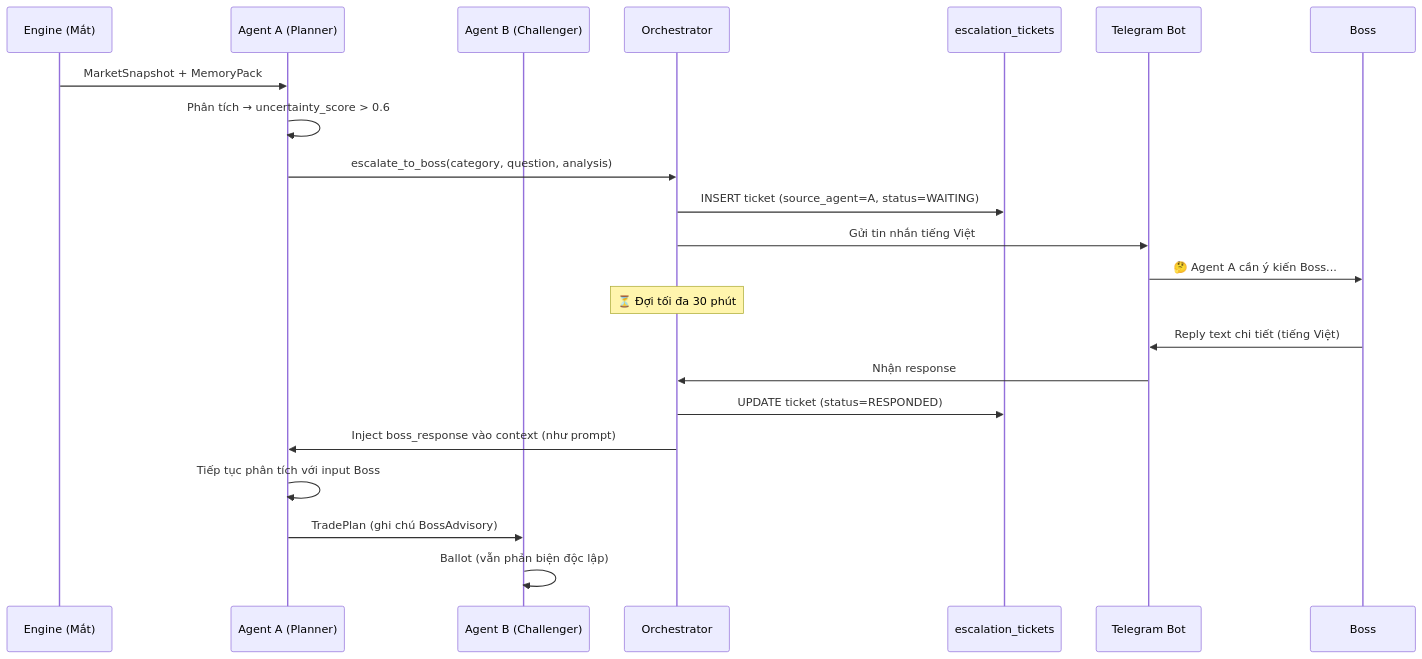
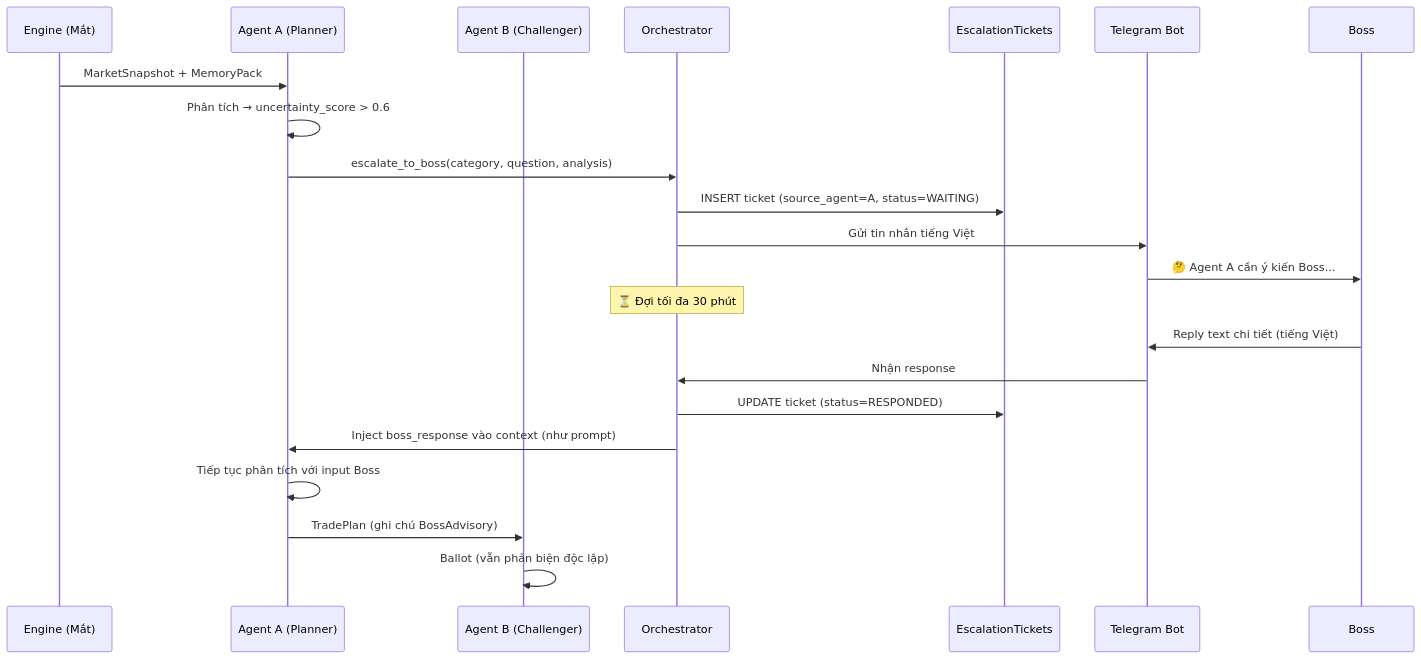
Before and after one commit to nguyenhongdat09/doctradingagent2agent: the first of 4 diagrams in doc/doc_agents/15-uncertainty-escalation.md, drawn with Mermaid. The commit also changed other lines of this file and 54 other files, not shown here.

````diff
--- a/doc/doc_agents/15-uncertainty-escalation.md
+++ b/doc/doc_agents/15-uncertainty-escalation.md
@@ -55,27 +57,27 @@
 ```mermaid
 sequenceDiagram
     participant E as Engine (Mắt)
     participant A as Agent A (Planner)
     participant B as Agent B (Challenger)
     participant Orch as Orchestrator
-    participant DB as escalation_tickets
+    participant DB as EscalationTickets
     participant TG as Telegram Bot
     participant Boss as Boss
 
     E->>A: MarketSnapshot + MemoryPack
     A->>A: Phân tích → uncertainty_score > 0.6
     A->>Orch: escalate_to_boss(category, question, analysis)
     Orch->>DB: INSERT ticket (source_agent=A, status=WAITING)
     Orch->>TG: Gửi tin nhắn tiếng Việt
     TG->>Boss: 🤔 Agent A cần ý kiến Boss...
 
     Note over Orch: ⏳ Đợi tối đa 30 phút
 
     Boss->>TG: Reply text chi tiết (tiếng Việt)
     TG->>Orch: Nhận response
     Orch->>DB: UPDATE ticket (status=RESPONDED)
     Orch->>A: Inject boss_response vào context (như prompt)
     A->>A: Tiếp tục phân tích với input Boss
     A->>B: TradePlan (ghi chú BossAdvisory)
     B->>B: Ballot (vẫn phản biện độc lập)
 ```
````
